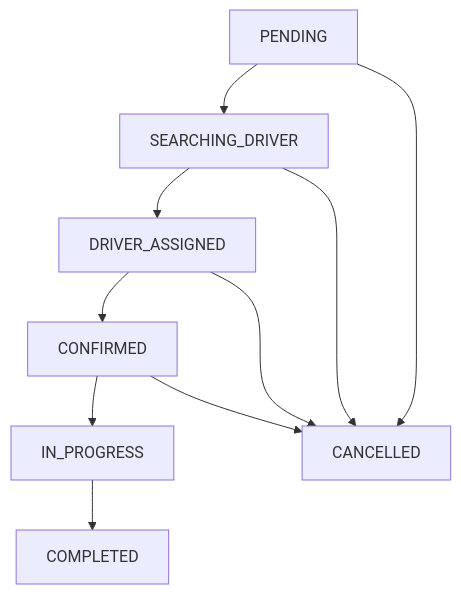
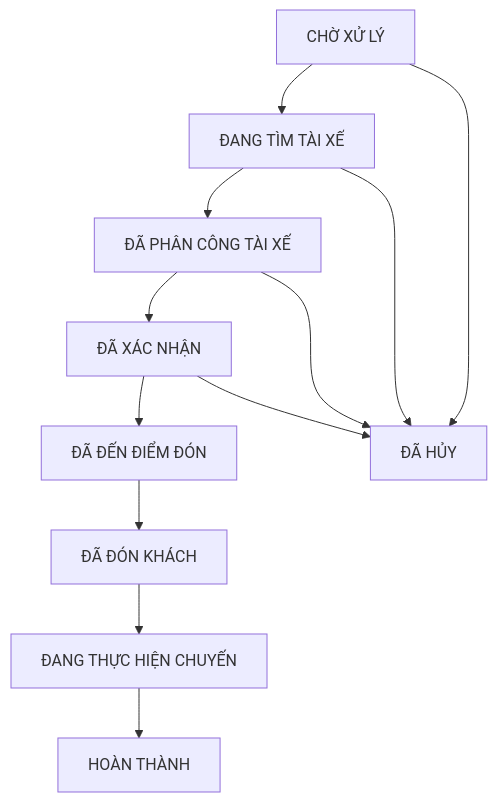
Before and after one commit to hau3004/23677151_DongThiAnhThu_CABSYSTEM: the fourth of 8 diagrams in SRS.md, drawn with Mermaid. The commit also changed other lines of this file, not shown here.

````diff
--- a/SRS.md
+++ b/SRS.md
@@ -1744,13 +595,15 @@
 ```mermaid
 flowchart TD
-    A[PENDING] --> B[SEARCHING_DRIVER]
-    B --> C[DRIVER_ASSIGNED]
-    C --> D[CONFIRMED]
-    D --> E[IN_PROGRESS]
-    E --> F[COMPLETED]
-
-    A --> G[CANCELLED]
-    B --> G
-    C --> G
-    D --> G
+    A[CHỜ XỬ LÝ] --> B[ĐANG TÌM TÀI XẾ]
+    B --> C[ĐÃ PHÂN CÔNG TÀI XẾ]
+    C --> D[ĐÃ XÁC NHẬN]
+    D --> E[ĐÃ ĐẾN ĐIỂM ĐÓN]
+    E --> F[ĐÃ ĐÓN KHÁCH]
+    F --> G[ĐANG THỰC HIỆN CHUYẾN]
+    G --> H[HOÀN THÀNH]
+    
+    A --> I[ĐÃ HỦY]
+    B --> I
+    C --> I
+    D --> I
 ```
````
